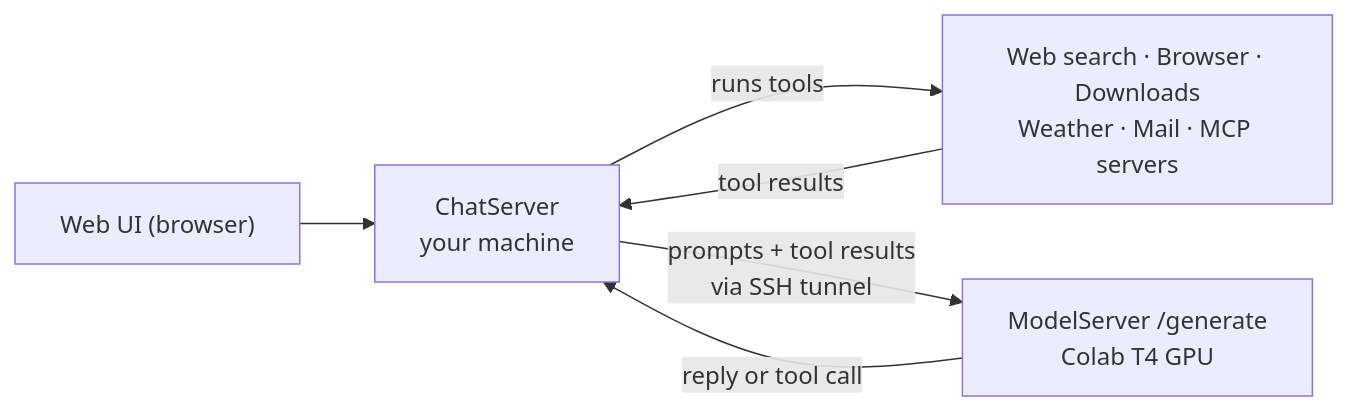
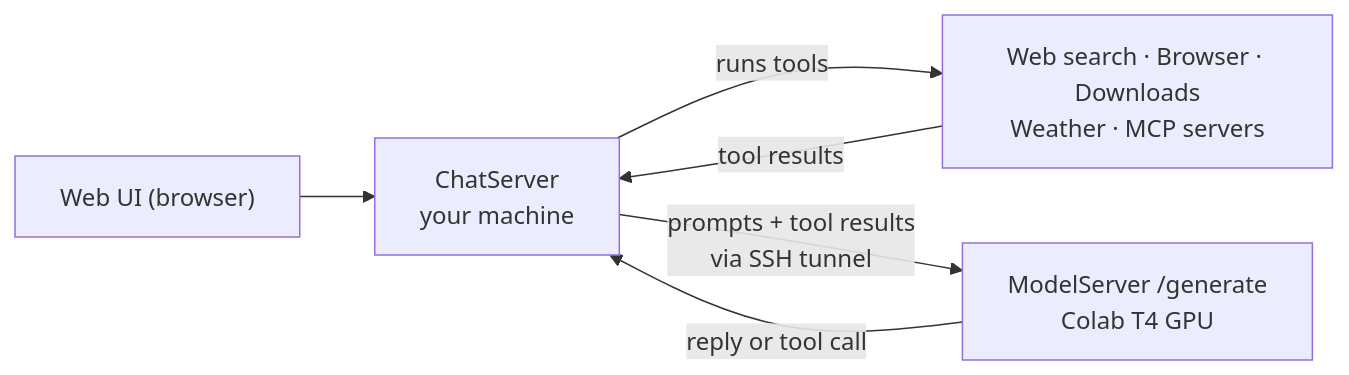
Before and after one commit to IshvaraX/JERN: the diagram in README.md, drawn with Mermaid. The commit also changed other lines of this file and 16 other files, not shown here.

````diff
--- a/README.md
+++ b/README.md
@@ -23,8 +23,8 @@
 ```mermaid
 flowchart LR
     UI["Web UI (browser)"] --> Chat["ChatServer<br/>your machine"]
-    Chat -->|"runs tools"| Tools["Web search · Browser · Downloads<br/>Weather · Mail · MCP servers"]
+    Chat -->|"runs tools"| Tools["Web search · Browser · Downloads<br/>Weather · MCP servers"]
     Tools -->|"tool results"| Chat
     Chat -->|"prompts + tool results<br/>via SSH tunnel"| Model["ModelServer /generate<br/>Colab T4 GPU"]
     Model -->|"reply or tool call"| Chat
 ```
````
